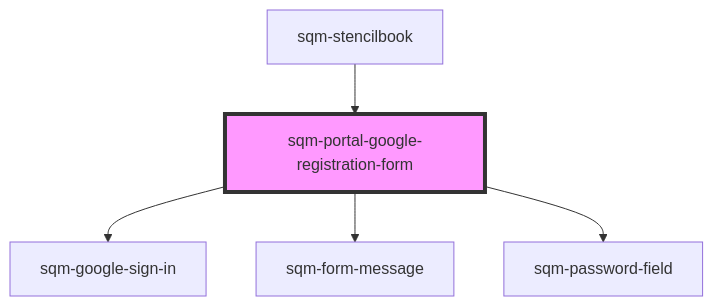
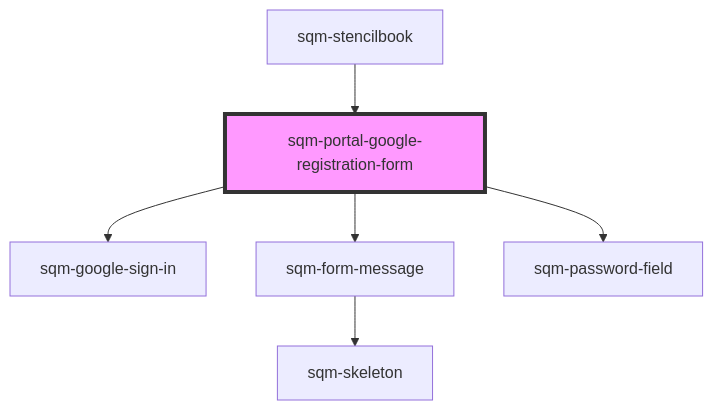
One commit to saasquatch/program-tools changed the diagram in packages/mint-components/src/components/sqm-portal-google-registration-form/readme.md. Above: the diagram before and after it, drawn with Mermaid. The commit also changed 3 other files, not shown here.

````diff
--- a/packages/mint-components/src/components/sqm-portal-google-registration-form/readme.md
+++ b/packages/mint-components/src/components/sqm-portal-google-registration-form/readme.md
@@ -55,8 +55,9 @@
 ```mermaid
 graph TD;
   sqm-portal-google-registration-form --> sqm-google-sign-in
   sqm-portal-google-registration-form --> sqm-form-message
   sqm-portal-google-registration-form --> sqm-password-field
+  sqm-form-message --> sqm-skeleton
   sqm-stencilbook --> sqm-portal-google-registration-form
   style sqm-portal-google-registration-form fill:#f9f,stroke:#333,stroke-width:4px
 ```
````
